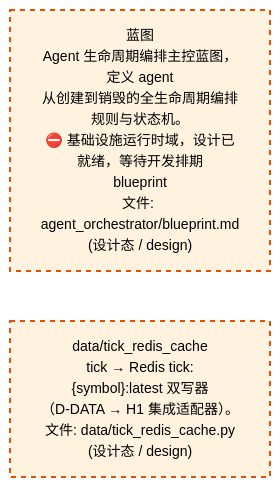
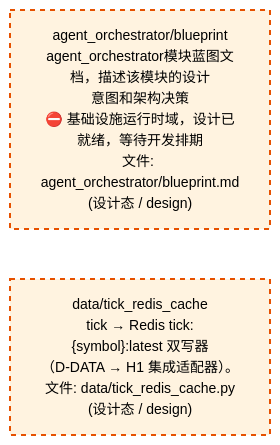
The third of 4 diagrams in docs/02_enterprise_architecture/02_domain_architecture_docs/06_d_infra_runtime.md (xuanFelixVan/ZephyrAlpha), drawn with Mermaid before and after one commit. The commit also changed other lines of this file and 50 other files, not shown here.

````diff
--- a/docs/02_enterprise_architecture/02_domain_architecture_docs/06_d_infra_runtime.md
+++ b/docs/02_enterprise_architecture/02_domain_architecture_docs/06_d_infra_runtime.md
@@ -1106,12 +1091,12 @@
 ```mermaid
 %%{init: {'theme': 'base', 'themeVariables': {'primaryColor': '#eaeaea', 'primaryTextColor': '#333333', 'primaryBorderColor': '#666666', 'lineColor': '#666666', 'secondaryColor': '#eaeaea', 'tertiaryColor': '#eaeaea', 'fontSize': '14px'}}}%%
 flowchart TD
-    docs_03_modules_cross_layer_agent_orchestrator_blueprint_md["蓝图<br/>Agent 生命周期编排主控蓝图，定义 agent<br/>从创建到销毁的全生命周期编排规则与状态机。<br/>⛔ 基础设施运行时域，设计已就绪，等待开发排期<br/>blueprint<br/>文件: agent_orchestrator/blueprint.md<br/>(设计态 / design)"]
+    docs_03_modules_cross_layer_agent_orchestrator_blueprint_md["agent_orchestrator/blueprint<br/>agent_orchestrator模块蓝图文档，描述该模块的设计<br/>意图和架构决策<br/>⛔ 基础设施运行时域，设计已就绪，等待开发排期<br/>文件: agent_orchestrator/blueprint.md<br/>(设计态 / design)"]
     src_zephyr_data_tick_redis_cache_py["data/tick_redis_cache<br/>tick → Redis tick:{symbol}:latest 双写器<br/>（D-DATA → H1 集成适配器）。<br/>文件: data/tick_redis_cache.py<br/>(设计态 / design)"]
     docs_03_modules_cross_layer_agent_orchestrator_blueprint_md ~~~ src_zephyr_data_tick_redis_cache_py
     classDef production fill:#e1f5fe,stroke:#01579b,stroke-width:2px,color:#000
     classDef design fill:#fff3e0,stroke:#e65100,stroke-width:2px,color:#000,stroke-dasharray: 5 5
     classDef external_prod fill:#e8f4fd,stroke:#0277bd,stroke-width:1px,color:#000
     classDef external_design fill:#fff8e7,stroke:#ef6c00,stroke-width:1px,color:#000,stroke-dasharray: 5 5
     class docs_03_modules_cross_layer_agent_orchestrator_blueprint_md,src_zephyr_data_tick_redis_cache_py design
 ```
````
